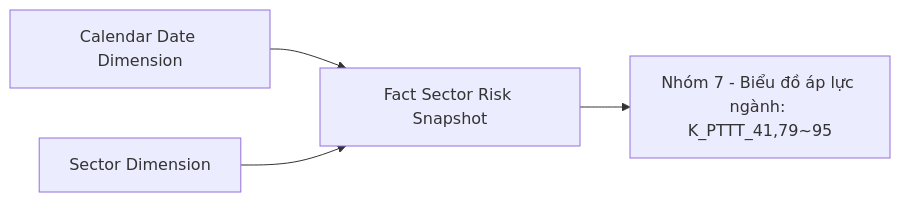
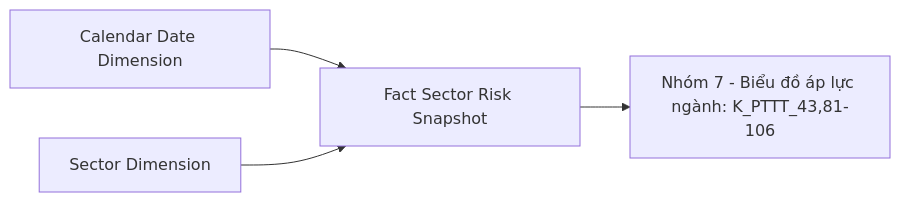
Diagram 22 of 55 in Datamart/hld/DTM_PTTT_HLD.md (linhlvit/ubck_atomic_design), drawn with Mermaid before and after one commit. The commit also changed other lines of this file and 70 other files, not shown here.

````diff
--- a/Datamart/hld/DTM_PTTT_HLD.md
+++ b/Datamart/hld/DTM_PTTT_HLD.md
@@ -985,6 +985,6 @@
 ```mermaid
 flowchart LR
-    fct_sctr_rsk_snpst["Fact Sector Risk Snapshot"] --> rpt_nhom7["Nhóm 7 - Biểu đồ áp lực ngành: K_PTTT_41,79~95"]
+    fct_sctr_rsk_snpst["Fact Sector Risk Snapshot"] --> rpt_nhom7["Nhóm 7 - Biểu đồ áp lực ngành: K_PTTT_43,81-106"]
     cdr_dt_dim["Calendar Date Dimension"] --> fct_sctr_rsk_snpst
     sctr_dim["Sector Dimension"] --> fct_sctr_rsk_snpst
 ```
````
